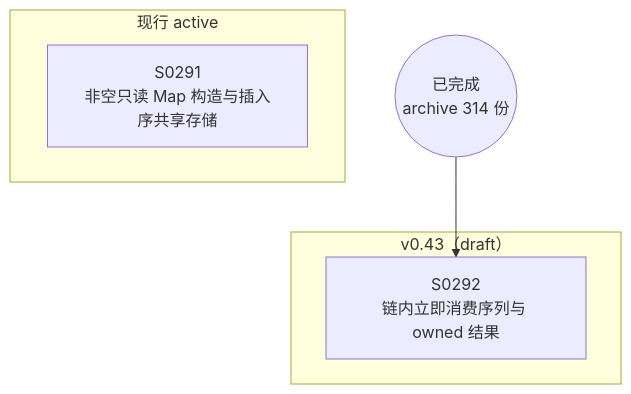
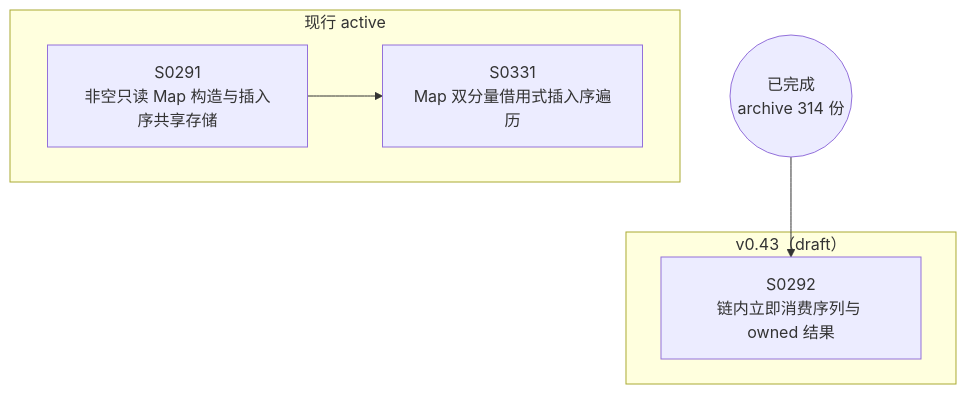
One commit to Halckon/Koven changed the diagram in docs/specs/dependency-graph.md. Above: the diagram before and after it, drawn with Mermaid. The commit also changed other lines of this file and 7 other files, not shown here.

````diff
--- a/docs/specs/dependency-graph.md
+++ b/docs/specs/dependency-graph.md
@@ -9,11 +9,13 @@
 ```mermaid
 flowchart TD
 ARCH(("已完成<br/>archive 314 份"))
 subgraph Gactive["现行 active"]
   S0291["S0291<br/>非空只读 Map 构造与插入序共享存储"]
+  S0331["S0331<br/>Map 双分量借用式插入序遍历"]
 end
 subgraph Gdrafts_v043["v0.43（draft）"]
   S0292["S0292<br/>链内立即消费序列与 owned 结果"]
 end
+S0291 --> S0331
 ARCH --> S0292
 ```
````
